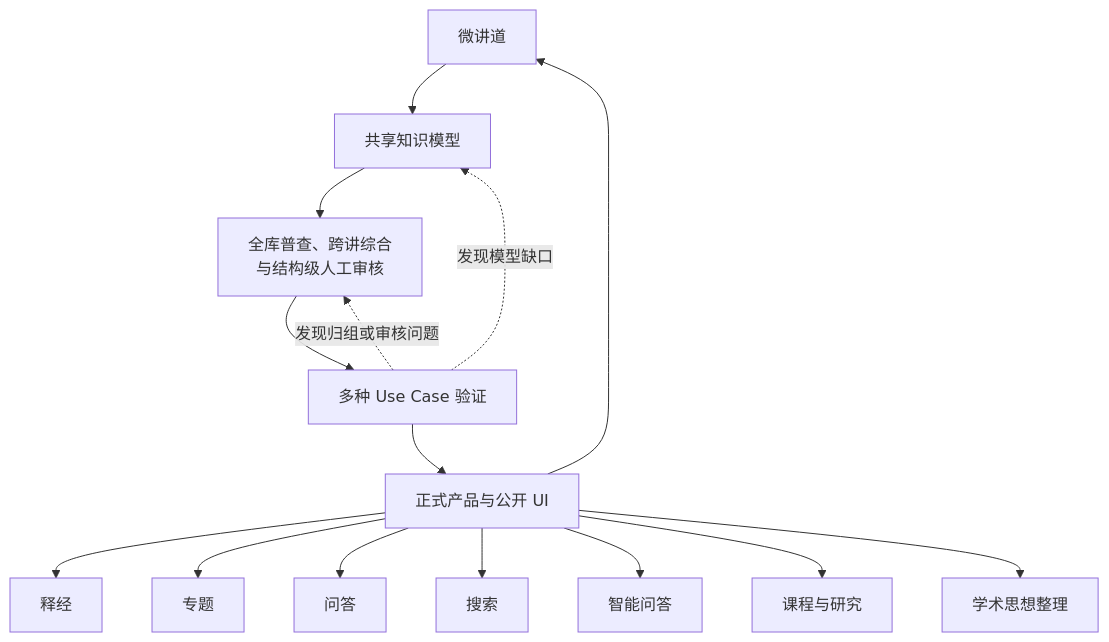
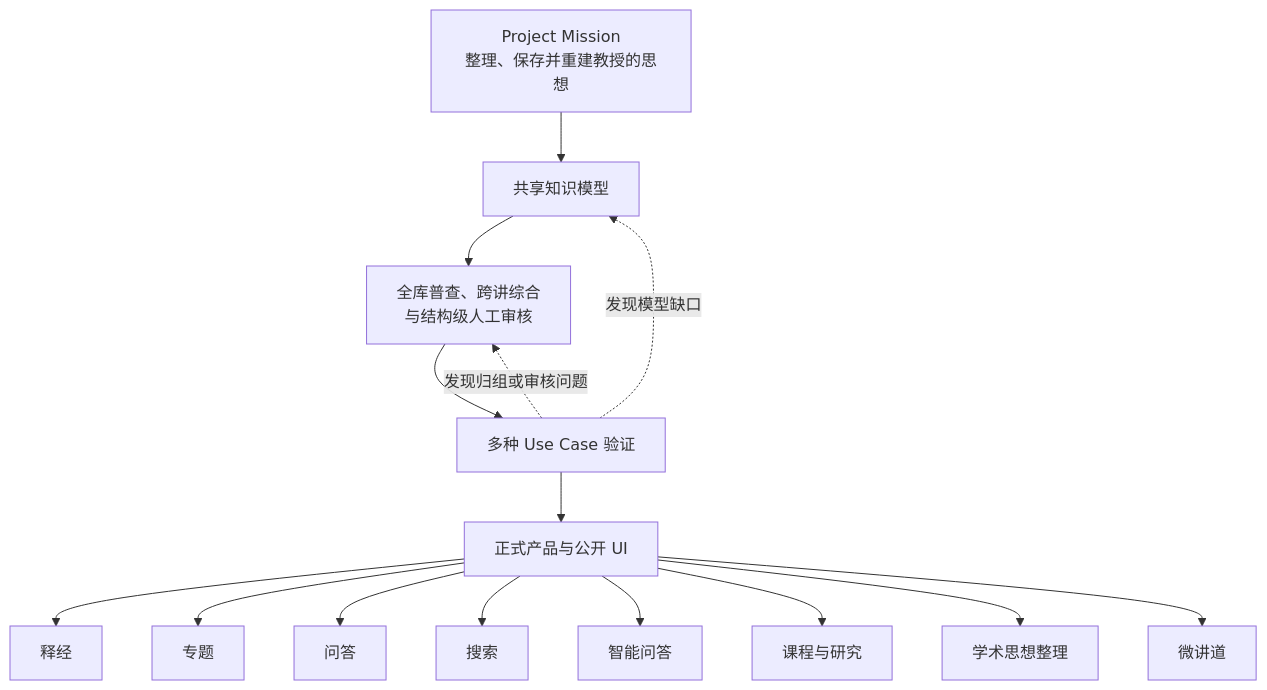
One commit to junyang168/smart-answer changed the second of 9 diagrams in docs/wang-knowledge-platform/knowledge_platform_design.md. Above: the diagram before and after it, drawn with Mermaid. The commit also changed 1 other file, not shown here.

Commit message:
docs: rewrite the Vision Statement for its actual reader
The mission statement is the top of the governance chain and the one
document a member of the congregation would open, but nothing in it said
so, and its only diagram was broken: the flowchart declared node `M`
twice -- once as "Project Mission" and once as "微講道". Mermaid node ids
are unique, so `P --> M` drew an arrow from 正式產品 back to the mission
node, giving the vision diagram a cycle, and 微講道 never rendered as a
box at all. The same diagram had been copied into
knowledge_platform_design.md, carrying the same bug.

Also: 「一句話使命宣言」 was 183 characters and two sentences; the
executive summary listed nine products in a single 190-character
sentence; and one paragraph switched from Traditional to Simplified
mid-line while the rest of the document is Traditional throughout.

Adds a header block naming the reader, a table of contents (393 lines
had none), and a closing section telling a reader which document to open
next and that code wins when a document disagrees with it.

Claude-Session: https://claude.ai/code/session_01BaBiWCSUMTKbYagMUKc4zj

````diff
--- a/docs/wang-knowledge-platform/knowledge_platform_design.md
+++ b/docs/wang-knowledge-platform/knowledge_platform_design.md
@@ -43,18 +43,18 @@
 ```mermaid
 flowchart TD
     M["Project Mission<br/>整理、保存并重建教授的思想"] --> K["共享知识模型"]
     K --> C["全库普查、跨讲综合<br/>与结构级人工审核"]
     C --> V["多种 Use Case 验证"]
     V --> P["正式产品与公开 UI"]
     P --> E["释经"]
     P --> T["专题"]
     P --> Q["问答"]
     P --> S["搜索"]
     P --> A["智能问答"]
     P --> R["课程与研究"]
     P --> H["学术思想整理"]
-    P --> M["微讲道"]
+    P --> MS["微讲道"]
 
     V -. "发现模型缺口" .-> K
     V -. "发现归组或审核问题" .-> C
 ```
````
